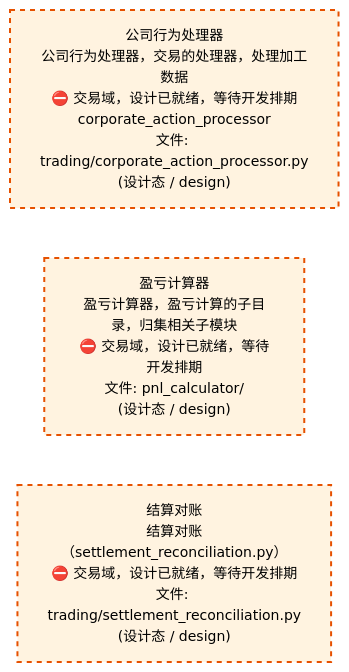
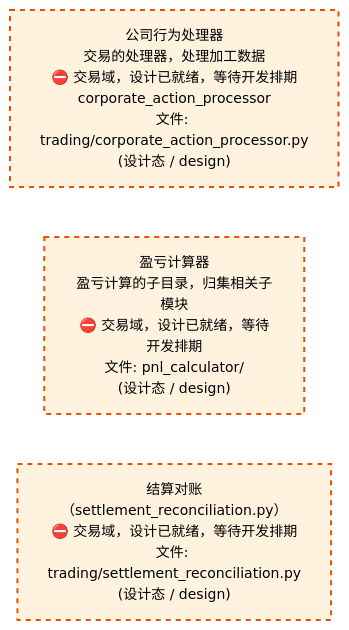
The third of 4 diagrams in docs/02_enterprise_architecture/02_domain_architecture_docs/72_d_trading.md (xuanFelixVan/ZephyrAlpha), drawn with Mermaid before and after one commit. The commit also changed other lines of this file and 60 other files, not shown here.

````diff
--- a/docs/02_enterprise_architecture/02_domain_architecture_docs/72_d_trading.md
+++ b/docs/02_enterprise_architecture/02_domain_architecture_docs/72_d_trading.md
@@ -298,14 +298,14 @@
 ```mermaid
 %%{init: {'theme': 'base', 'themeVariables': {'primaryColor': '#eaeaea', 'primaryTextColor': '#333333', 'primaryBorderColor': '#666666', 'lineColor': '#666666', 'secondaryColor': '#eaeaea', 'tertiaryColor': '#eaeaea', 'fontSize': '14px'}}}%%
 flowchart TD
-    src_zephyr_trading_corporate_action_processor_py["公司行为处理器<br/>公司行为处理器，交易的处理器，处理加工数据<br/>⛔ 交易域，设计已就绪，等待开发排期<br/>corporate_action_processor<br/>文件: trading/corporate_action_processor.py<br/>(设计态 / design)"]
-    src_zephyr_trading_pnl_calculator["盈亏计算器<br/>盈亏计算器，盈亏计算的子目录，归集相关子模块<br/>⛔ 交易域，设计已就绪，等待开发排期<br/>文件: pnl_calculator/<br/>(设计态 / design)"]
-    src_zephyr_trading_settlement_reconciliation_py["结算对账<br/>结算对账（settlement_reconciliation.py）<br/>⛔ 交易域，设计已就绪，等待开发排期<br/>文件: trading/settlement_reconciliation.py<br/>(设计态 / design)"]
+    src_zephyr_trading_corporate_action_processor_py["公司行为处理器<br/>交易的处理器，处理加工数据<br/>⛔ 交易域，设计已就绪，等待开发排期<br/>corporate_action_processor<br/>文件: trading/corporate_action_processor.py<br/>(设计态 / design)"]
+    src_zephyr_trading_pnl_calculator["盈亏计算器<br/>盈亏计算的子目录，归集相关子模块<br/>⛔ 交易域，设计已就绪，等待开发排期<br/>文件: pnl_calculator/<br/>(设计态 / design)"]
+    src_zephyr_trading_settlement_reconciliation_py["结算对账<br/>（settlement_reconciliation.py）<br/>⛔ 交易域，设计已就绪，等待开发排期<br/>文件: trading/settlement_reconciliation.py<br/>(设计态 / design)"]
     src_zephyr_trading_corporate_action_processor_py ~~~ src_zephyr_trading_pnl_calculator
     src_zephyr_trading_pnl_calculator ~~~ src_zephyr_trading_settlement_reconciliation_py
     classDef production fill:#e1f5fe,stroke:#01579b,stroke-width:2px,color:#000
     classDef design fill:#fff3e0,stroke:#e65100,stroke-width:2px,color:#000,stroke-dasharray: 5 5
     classDef external_prod fill:#e8f4fd,stroke:#0277bd,stroke-width:1px,color:#000
     classDef external_design fill:#fff8e7,stroke:#ef6c00,stroke-width:1px,color:#000,stroke-dasharray: 5 5
     class src_zephyr_trading_corporate_action_processor_py,src_zephyr_trading_pnl_calculator,src_zephyr_trading_settlement_reconciliation_py design
 ```
````
